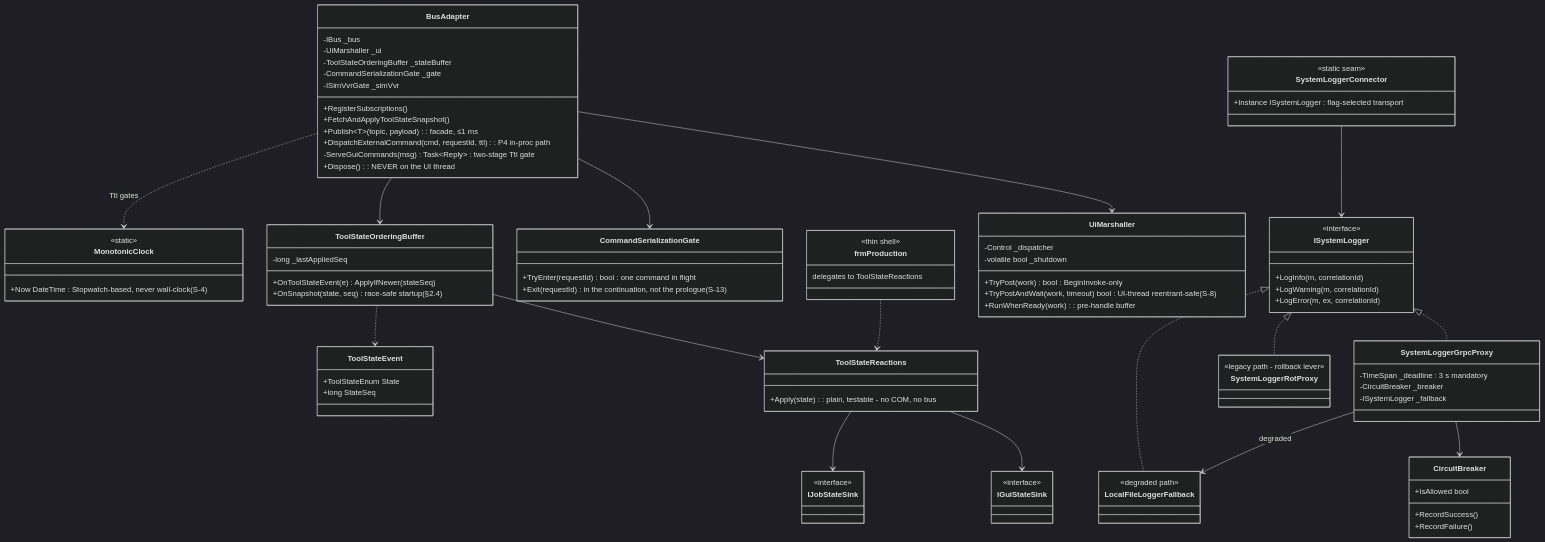
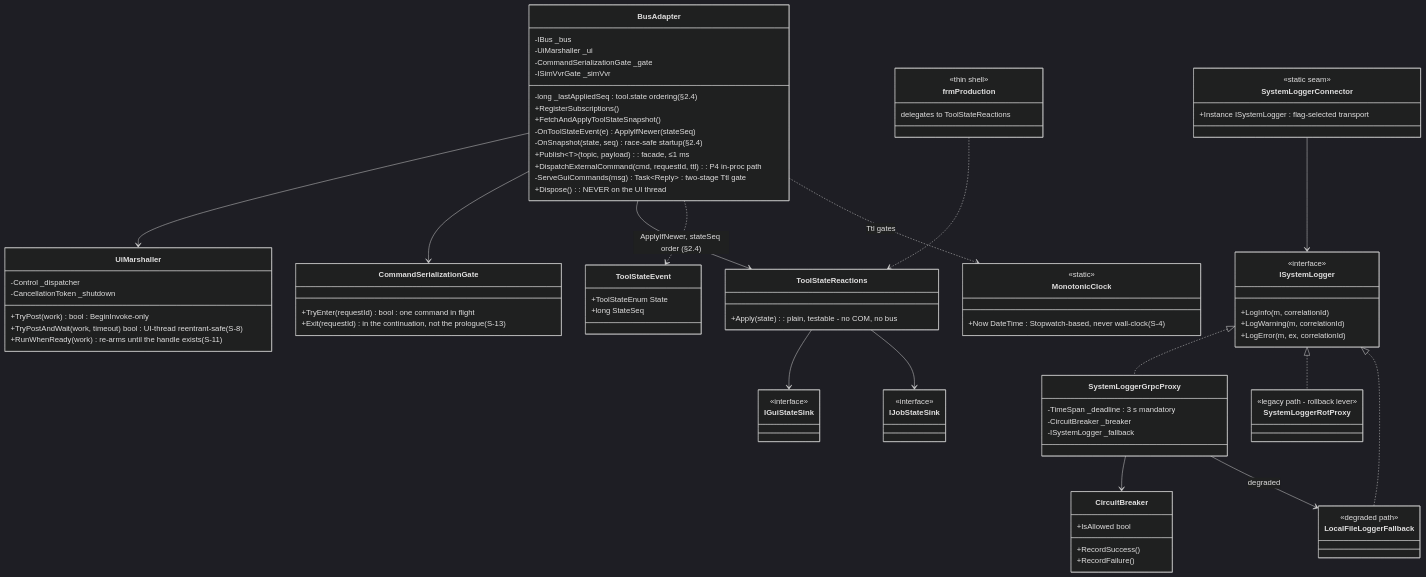
Before and after one commit to amitA-camtek/bus_gateway: the second of 7 diagrams in stage/02-aoi-architecture.md, drawn with Mermaid (dark theme). The commit also changed other lines of this file and 20 other files, not shown here.

```diff
--- a/stage/02-aoi-architecture.md
+++ b/stage/02-aoi-architecture.md
@@ -47,11 +47,13 @@
     class BusAdapter {
         -IBus _bus
         -UiMarshaller _ui
-        -ToolStateOrderingBuffer _stateBuffer
         -CommandSerializationGate _gate
         -ISimVvrGate _simVvr
+        -long _lastAppliedSeq : tool.state ordering (§2.4)
         +RegisterSubscriptions()
         +FetchAndApplyToolStateSnapshot()
+        -OnToolStateEvent(e) : ApplyIfNewer(stateSeq)
+        -OnSnapshot(state, seq) : race-safe startup (§2.4)
         +Publish~T~(topic, payload) : facade, ≤1 ms
         +DispatchExternalCommand(cmd, requestId, ttl) : P4 in-proc path
         -ServeGuiCommands(msg) Task~Reply~ : two-stage Ttl gate
@@ -59,10 +61,10 @@
     }
     class UiMarshaller {
         -Control _dispatcher
-        -volatile bool _shutdown
+        -CancellationToken _shutdown
         +TryPost(work) bool : BeginInvoke-only
         +TryPostAndWait(work, timeout) bool : UI-thread reentrant-safe (S-8)
-        +RunWhenReady(work) : pre-handle buffer
+        +RunWhenReady(work) : re-arms until the handle exists (S-11)
     }
     class CommandSerializationGate {
         +TryEnter(requestId) bool : one command in flight
@@ -70,11 +72,6 @@
     }
     class ToolStateReactions {
         +Apply(state) : plain, testable - no COM, no bus
-    }
-    class ToolStateOrderingBuffer {
-        -long _lastAppliedSeq
-        +OnToolStateEvent(e) : ApplyIfNewer(stateSeq)
-        +OnSnapshot(state, seq) : race-safe startup (§2.4)
     }
     class ToolStateEvent {
         +ToolStateEnum State
@@ -123,9 +120,8 @@
 
     BusAdapter --> UiMarshaller
     BusAdapter --> CommandSerializationGate
-    BusAdapter --> ToolStateOrderingBuffer
-    ToolStateOrderingBuffer --> ToolStateReactions
-    ToolStateOrderingBuffer ..> ToolStateEvent
+    BusAdapter --> ToolStateReactions : ApplyIfNewer, stateSeq order (§2.4)
+    BusAdapter ..> ToolStateEvent
     ToolStateReactions --> IGuiStateSink
     ToolStateReactions --> IJobStateSink
     frmProduction ..> ToolStateReactions
```
